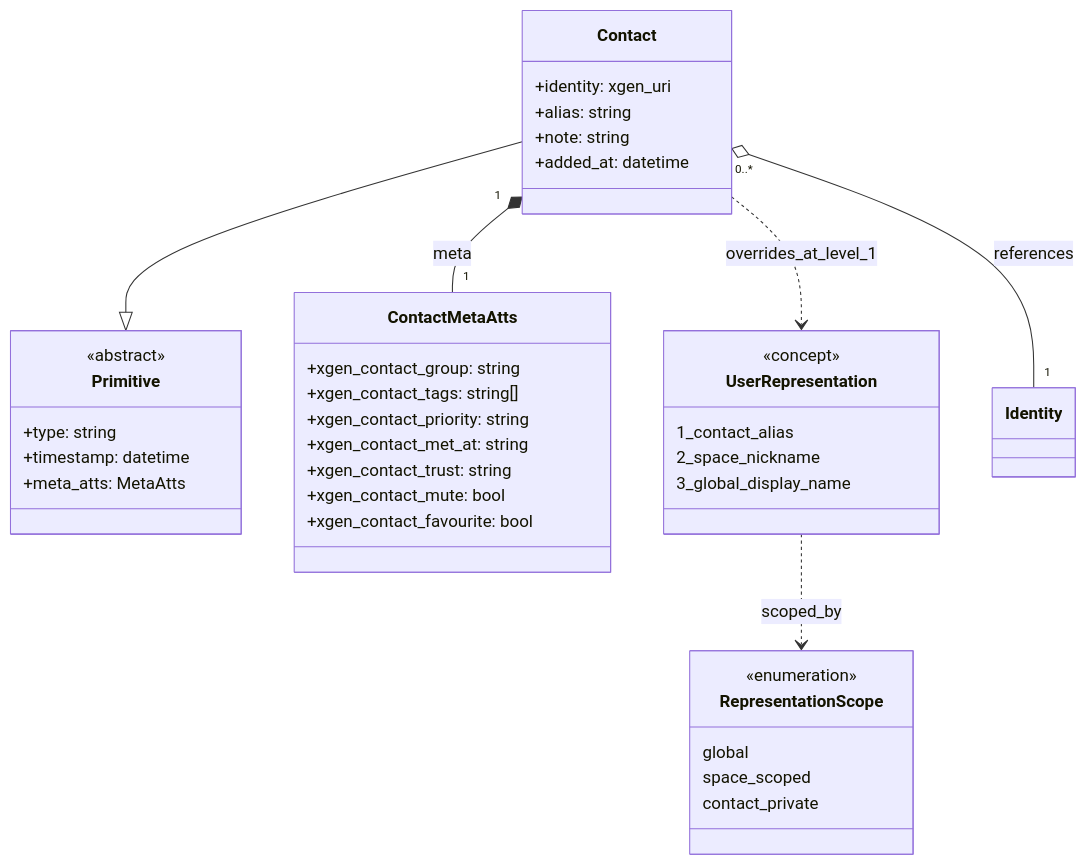
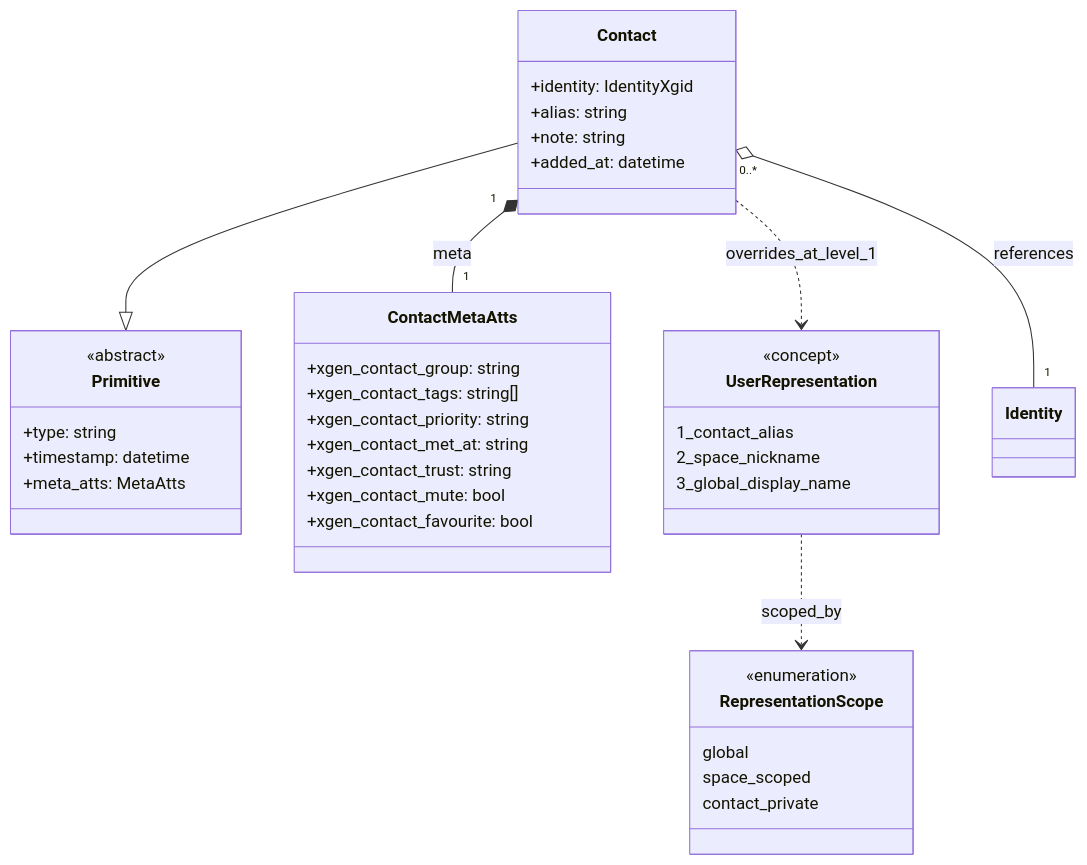
Before and after one commit to ianus777/XGenProtocol: diagram 11 of 16 in docs/xgen_appendix_c_en.md, drawn with Mermaid. The commit also changed other lines of this file and 1 other file, not shown here.

````diff
--- a/docs/xgen_appendix_c_en.md
+++ b/docs/xgen_appendix_c_en.md
@@ -861,42 +867,42 @@
 ```mermaid
 classDiagram
     class Primitive {
         <<abstract>>
         +type: string
         +timestamp: datetime
         +meta_atts: MetaAtts
     }
     class Contact {
-        +identity: xgen_uri
+        +identity: IdentityXgid
         +alias: string
         +note: string
         +added_at: datetime
     }
     class ContactMetaAtts {
         +xgen_contact_group: string
         +xgen_contact_tags: string[]
         +xgen_contact_priority: string
         +xgen_contact_met_at: string
         +xgen_contact_trust: string
         +xgen_contact_mute: bool
         +xgen_contact_favourite: bool
     }
     class UserRepresentation {
         <<concept>>
         1_contact_alias
         2_space_nickname
         3_global_display_name
     }
     class RepresentationScope {
         <<enumeration>>
         global
         space_scoped
         contact_private
     }
 
     Contact --|> Primitive
     Contact "1" *-- "1" ContactMetaAtts : meta
     Contact "0..*" o-- "1" Identity : references
     UserRepresentation ..> RepresentationScope : scoped_by
     Contact ..> UserRepresentation : overrides_at_level_1
 ```
````
